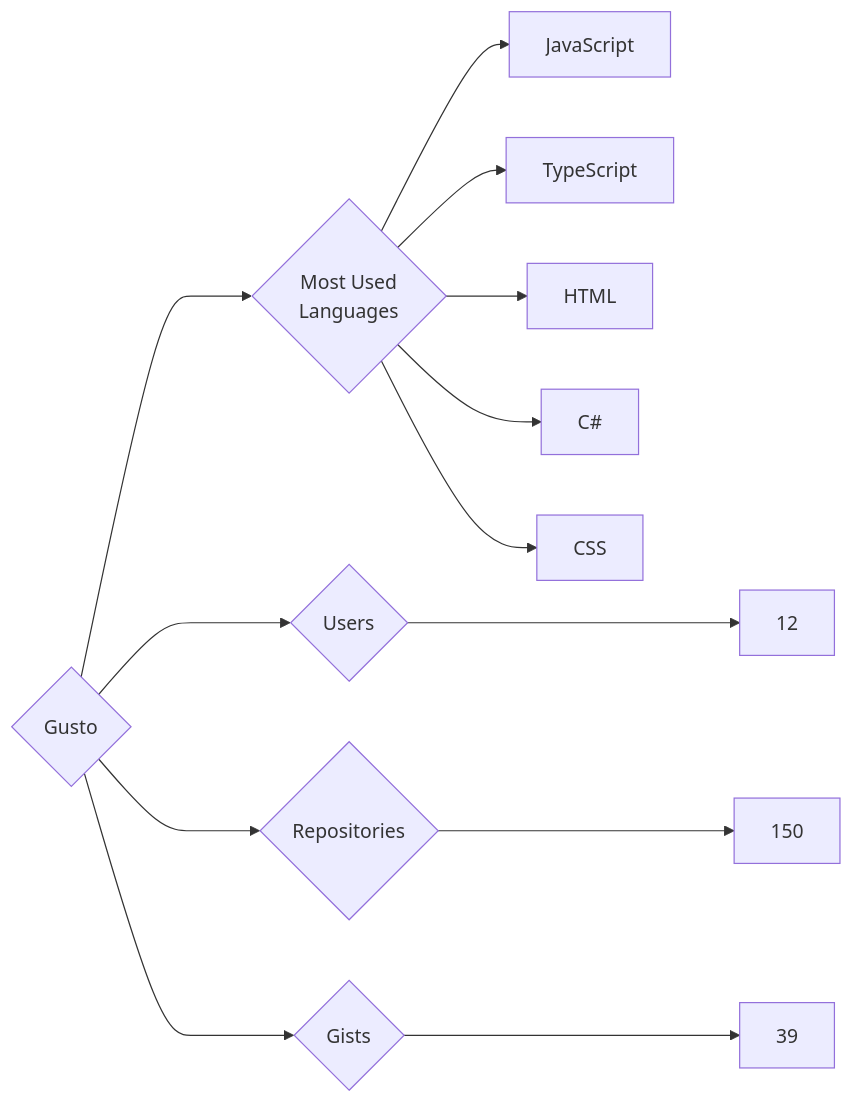
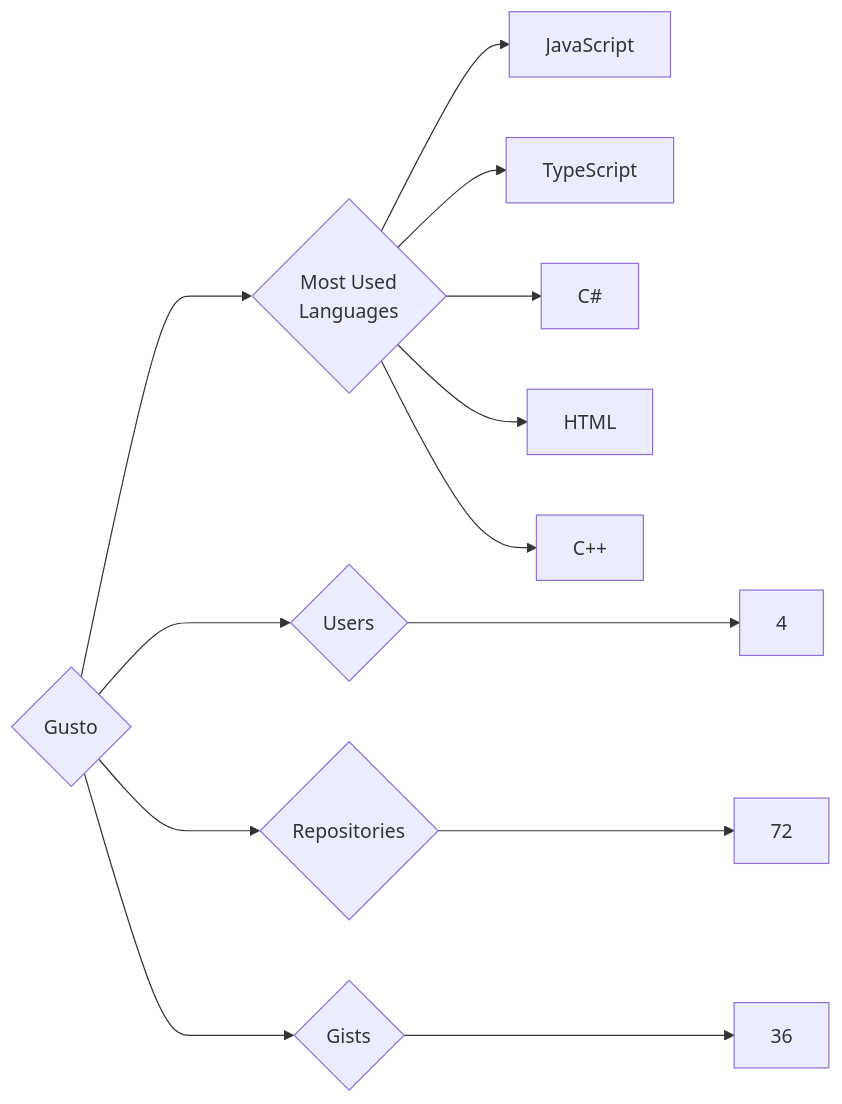
One commit to trickest/insiders changed the diagram in targets/Gusto/README.md. Above: the diagram before and after it, drawn with Mermaid. The commit also changed 636 other files, not shown here.

````diff
--- a/targets/Gusto/README.md
+++ b/targets/Gusto/README.md
@@ -3,13 +3,13 @@
 ```mermaid
 graph LR
 COMPANY_NAME{Gusto}
-COMPANY_NAME ---> U{Users} ---> UN[12]
-COMPANY_NAME ---> R{Repositories} ---> RN[150]
-COMPANY_NAME ---> G{Gists} ---> GN[39]
+COMPANY_NAME ---> U{Users} ---> UN[4]
+COMPANY_NAME ---> R{Repositories} ---> RN[72]
+COMPANY_NAME ---> G{Gists} ---> GN[36]
 COMPANY_NAME ---> ML{Most Used<br>Languages}
 ML --> JavaScript[JavaScript]
 ML --> TypeScript[TypeScript]
+ML --> C#[C#]
 ML --> HTML[HTML]
-ML --> C#[C#]
-ML --> CSS[CSS]
+ML --> C++[C++]
 ```
````
